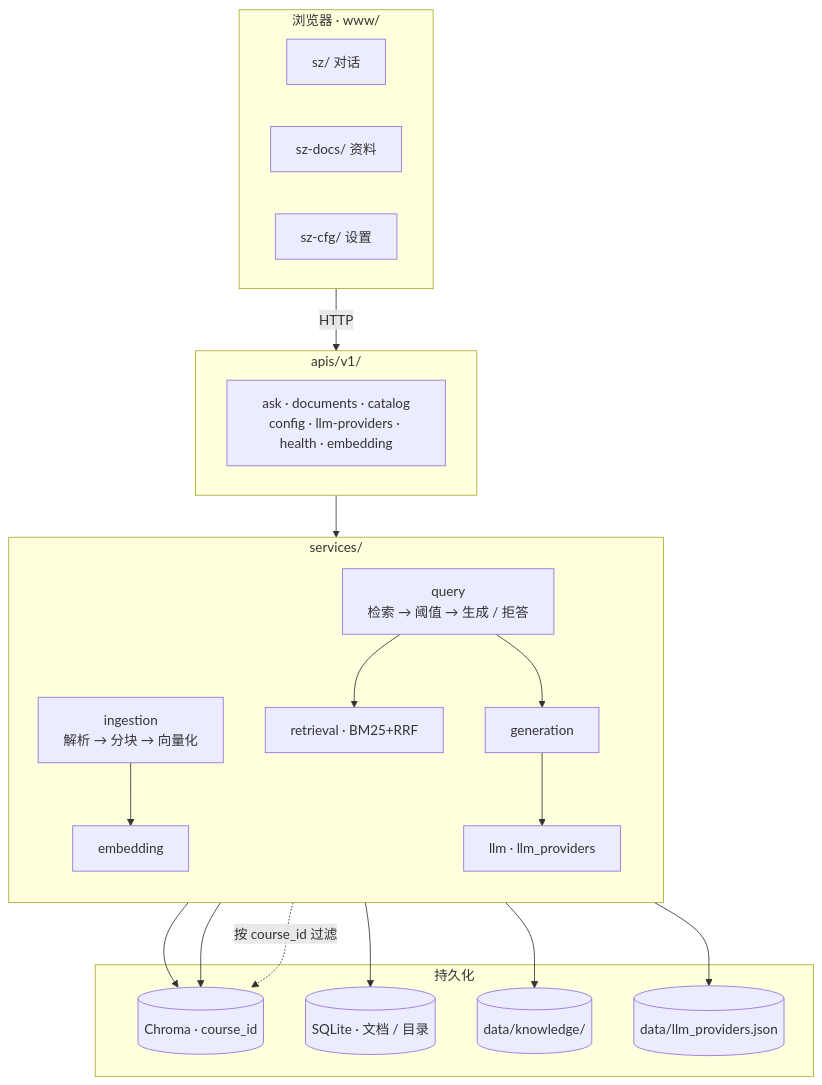
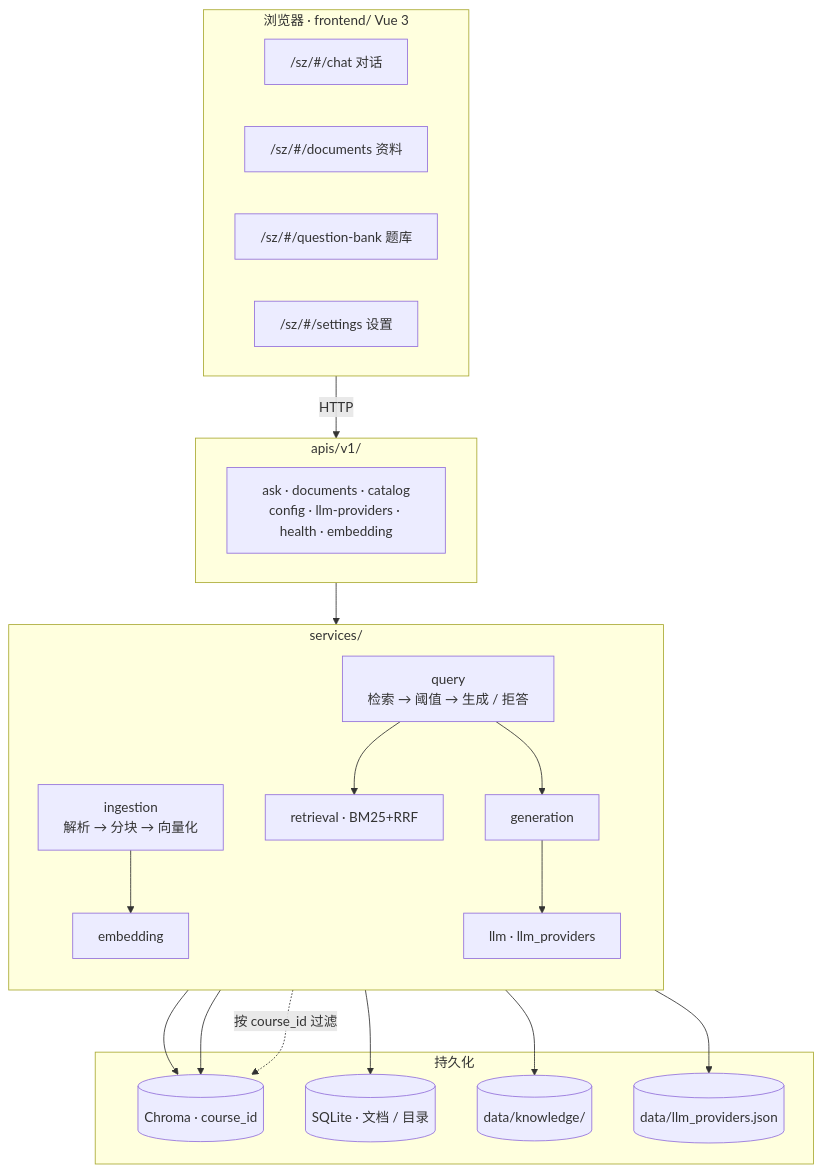
One commit to tongyu5726/exam_qa changed the first of 2 diagrams in README.md. Above: the diagram before and after it, drawn with Mermaid. The commit also changed other lines of this file and 150 other files, not shown here.

````diff
--- a/README.md
+++ b/README.md
@@ -108,39 +113,40 @@
 ```mermaid
 flowchart TB
-  subgraph browser["浏览器 · www/"]
-    SZ["sz/ 对话"]
-    DOCS["sz-docs/ 资料"]
-    CFG["sz-cfg/ 设置"]
+  subgraph browser["浏览器 · frontend/ Vue 3"]
+    SZ["/sz/#/chat 对话"]
+    DOCS["/sz/#/documents 资料"]
+    BANK["/sz/#/question-bank 题库"]
+    CFG["/sz/#/settings 设置"]
   end
 
   subgraph http["apis/v1/"]
     EP["ask · documents · catalog<br/>config · llm-providers · health · embedding"]
   end
 
   subgraph svc["services/"]
     direction TB
     ING["ingestion<br/>解析 → 分块 → 向量化"]
     Q["query<br/>检索 → 阈值 → 生成 / 拒答"]
     RET["retrieval · BM25+RRF"]
     GEN["generation"]
     EMB["embedding"]
     LLM["llm · llm_providers"]
   end
 
   subgraph persist["持久化"]
     CH[("Chroma · course_id")]
     META[("SQLite · 文档 / 目录")]
     FILES[("data/knowledge/")]
     REG[("data/llm_providers.json")]
   end
 
   browser -->|HTTP| http --> svc
   ING --> EMB
   ING --> CH
   ING --> META
   ING --> FILES
   Q --> RET --> CH
   Q --> GEN --> LLM
   LLM --> REG
   RET -.->|按 course_id 过滤| CH
 ```
````
